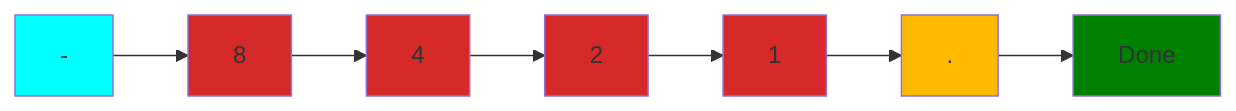
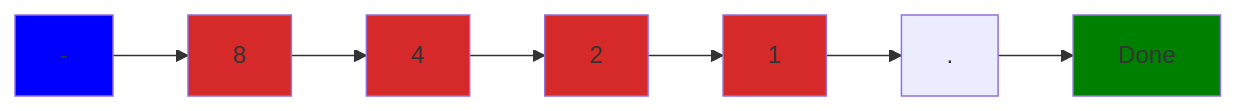
One commit to Lucas-Ferro/arithmetic_nested_calculations changed the first of 4 diagrams in README.md. Above: the diagram before and after it, drawn with Mermaid. The commit also changed other lines of this file, not shown here.

````diff
--- a/README.md
+++ b/README.md
@@ -29,17 +29,17 @@
 	``` mermaid
 	flowchart LR 
 	- --> 8  
 	8 --> 4  
 	4 --> 2
 	2 --> 1
 	1 --> .
 	. --> Done
 	
-	style - fill:cyan;
+	style - fill:blue;
 	style 8 fill:#d62929;
 	style 4 fill:#d62929;
 	style 2 fill:#d62929;
 	style 1 fill:#d62929;
-	style . fill:#ffba00;
+	style . fill:#yellow;
 	style Done fill:green;
 	```
````
